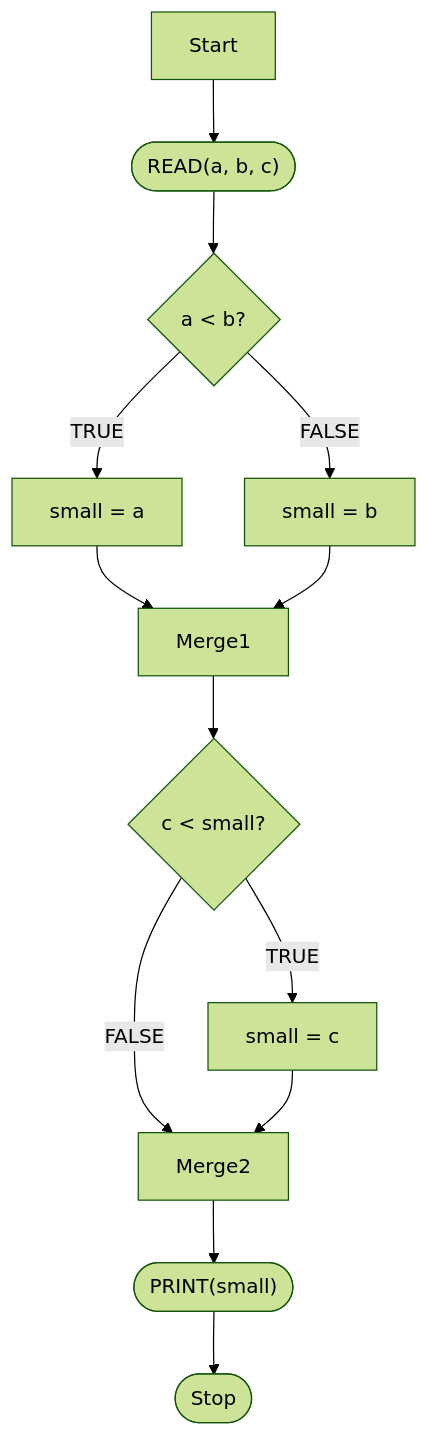
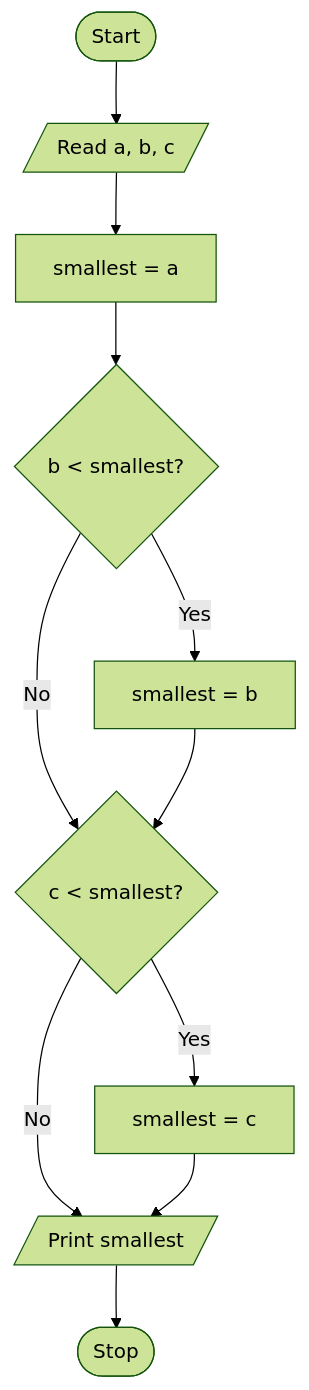
One commit to udsfgecw/website changed the third of 13 diagrams in src/features/notes/python-module-2/notes.md. Above: the diagram before and after it, drawn with Mermaid (forest theme). The commit also changed other lines of this file and 2 other files, not shown here.

````diff
--- a/src/features/notes/python-module-2/notes.md
+++ b/src/features/notes/python-module-2/notes.md
@@ -228,15 +152,13 @@
 ```mermaid
 flowchart TD
-    Start --> Read(["READ(a, b, c)"])
-    Read --> Cond1{"a < b?"}
-    Cond1 -->|TRUE| SmallA["small = a"]
-    Cond1 -->|FALSE| SmallB["small = b"]
-    SmallA --> Merge1
-    SmallB --> Merge1
-    Merge1 --> Cond2{"c < small?"}
-    Cond2 -->|TRUE| SmallC["small = c"]
-    Cond2 -->|FALSE| Merge2
-    SmallC --> Merge2
-    Merge2 --> Print(["PRINT(small)"])
-    Print --> Stop(["Stop"])
+    A([Start]) --> B[/Read a, b, c/]
+    B --> C[smallest = a]
+    C --> D{b < smallest?}
+    D -- Yes --> E[smallest = b]
+    D -- No --> F{c < smallest?}
+    E --> F
+    F -- Yes --> G[smallest = c]
+    F -- No --> H[/Print smallest/]
+    G --> H
+    H --> I([Stop])
 ```
````
